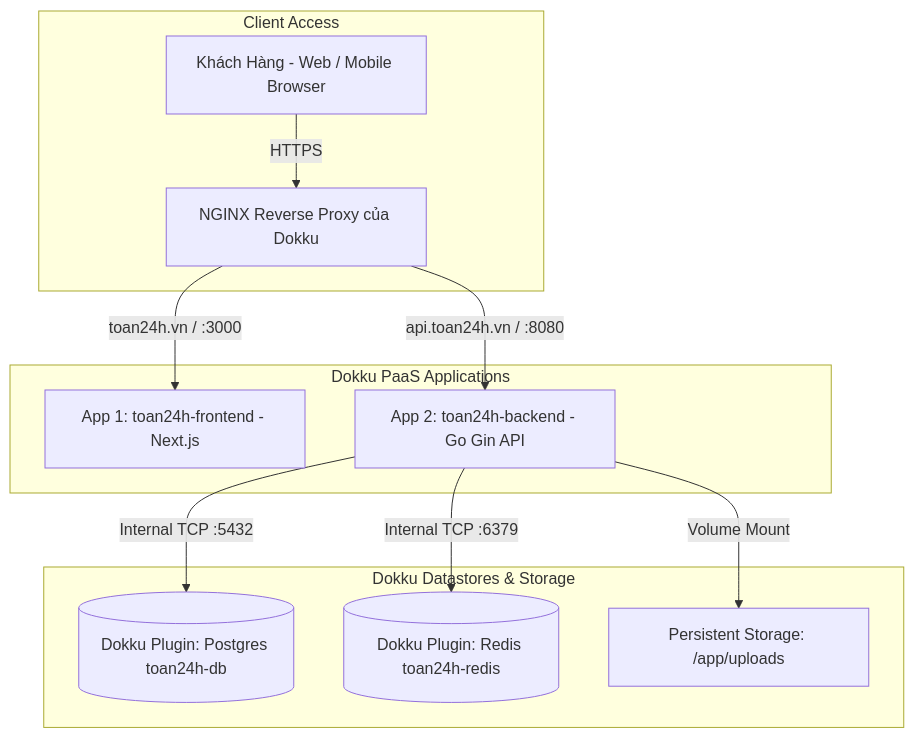
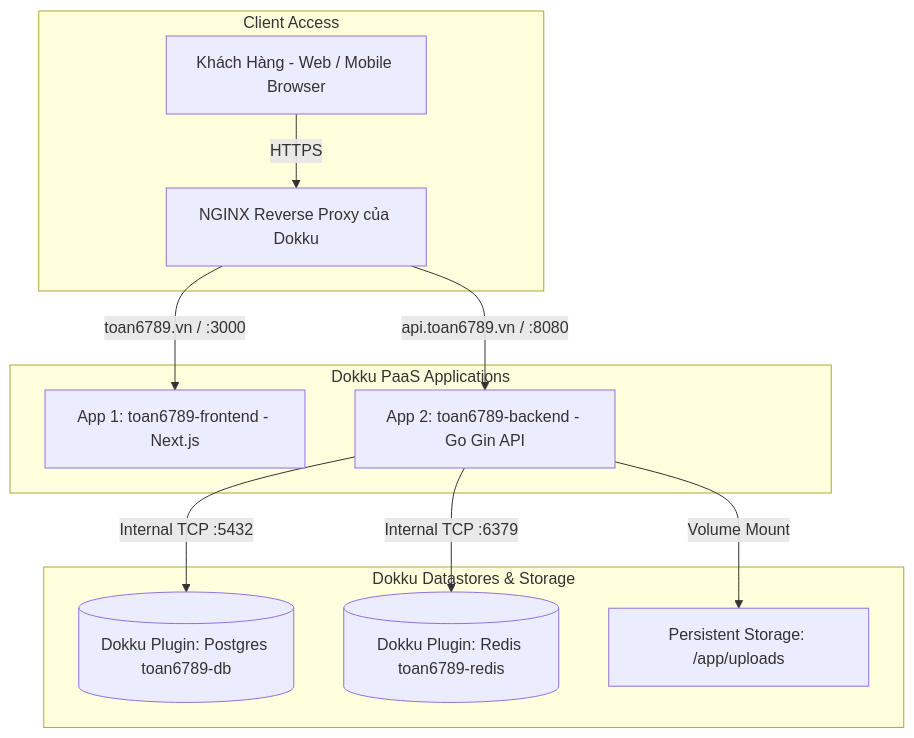
Before and after one commit to dohuubinh-oss/Toan24h: the diagram in docs/deployLan1.md, drawn with Mermaid. The commit also changed other lines of this file and 2 other files, not shown here.

Commit message:
ci: update dokku deployment configuration for toan6789.vn

````diff
--- a/docs/deployLan1.md
+++ b/docs/deployLan1.md
@@ -9,17 +9,17 @@
 ```mermaid
 flowchart TD
     subgraph Client Access
         USER[Khách Hàng - Web / Mobile Browser] -->|HTTPS| NGINX[NGINX Reverse Proxy của Dokku]
     end
 
     subgraph Dokku PaaS Applications
-        NGINX -->|toan24h.vn / :3000| FE[App 1: toan24h-frontend - Next.js]
-        NGINX -->|api.toan24h.vn / :8080| BE[App 2: toan24h-backend - Go Gin API]
+        NGINX -->|toan6789.vn / :3000| FE[App 1: toan6789-frontend - Next.js]
+        NGINX -->|api.toan6789.vn / :8080| BE[App 2: toan6789-backend - Go Gin API]
     end
 
     subgraph Dokku Datastores & Storage
-        BE -->|Internal TCP :5432| DB[(Dokku Plugin: Postgres toan24h-db)]
-        BE -->|Internal TCP :6379| REDIS[(Dokku Plugin: Redis toan24h-redis)]
+        BE -->|Internal TCP :5432| DB[(Dokku Plugin: Postgres toan6789-db)]
+        BE -->|Internal TCP :6379| REDIS[(Dokku Plugin: Redis toan6789-redis)]
         BE -->|Volume Mount| STORAGE[Persistent Storage: /app/uploads]
     end
 ```
````
